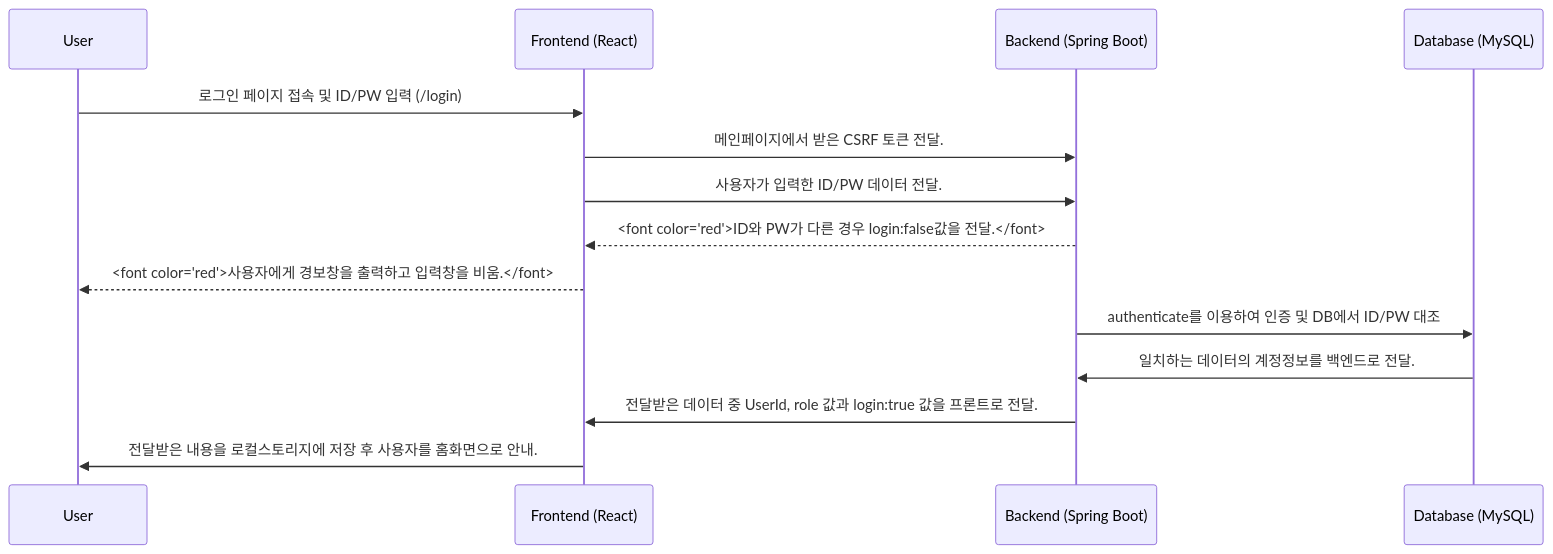
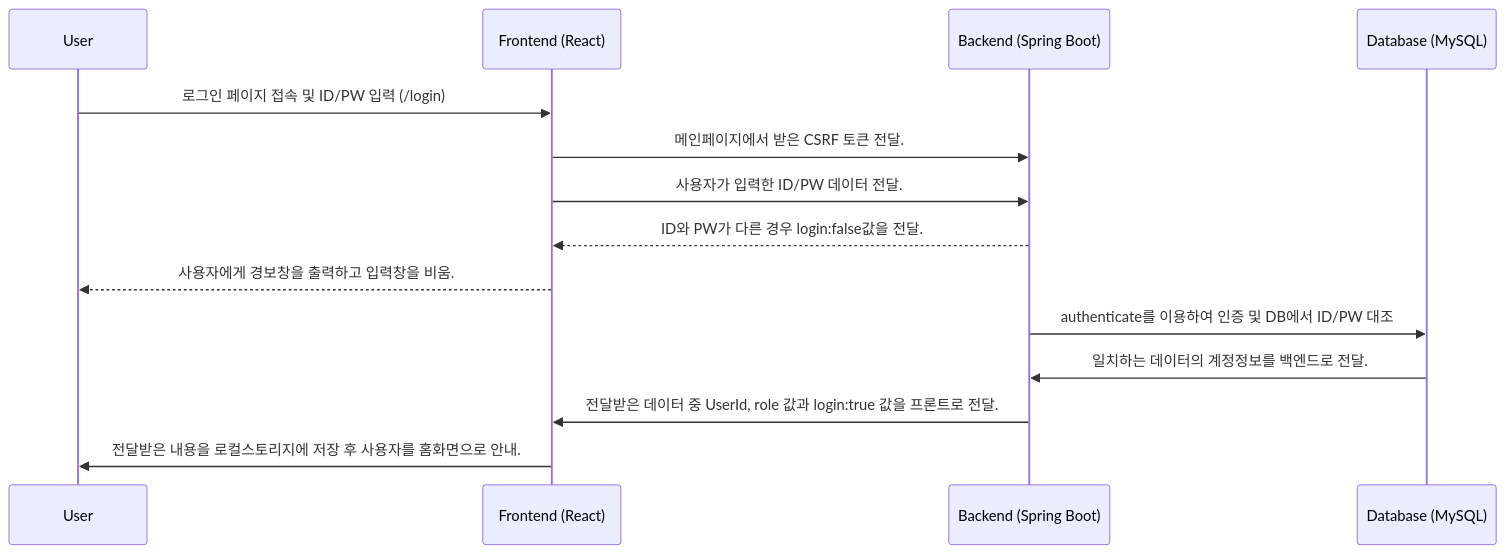
The first of 5 diagrams in bicycle-app/frontend/Auth.md (SUNGJISUCK95/teamproject), drawn with Mermaid before and after one commit. The commit also changed other lines of this file, not shown here.

````diff
--- a/bicycle-app/frontend/Auth.md
+++ b/bicycle-app/frontend/Auth.md
@@ -2,20 +2,20 @@
 ```mermaid
 sequenceDiagram
     participant User
     participant Frontend as Frontend (React)
     participant Backend as Backend (Spring Boot)
     participant DB as Database (MySQL)
     
 %% 1. 로그인
     User->>Frontend: 로그인 페이지 접속 및 ID/PW 입력 (/login)
     Frontend->>Backend: 메인페이지에서 받은 CSRF 토큰 전달.
     Frontend->>Backend: 사용자가 입력한 ID/PW 데이터 전달.
     
-    Backend-->>Frontend: <font color="red">ID와 PW가 다른 경우 login:false값을 전달.</font>
-    Frontend-->>User : <font color="red">사용자에게 경보창을 출력하고 입력창을 비움.</font>
+    Backend-->>Frontend: ID와 PW가 다른 경우 login:false값을 전달.
+    Frontend-->>User : 사용자에게 경보창을 출력하고 입력창을 비움.
     
     Backend->>DB: authenticate를 이용하여 인증 및 DB에서 ID/PW 대조
     DB->>Backend: 일치하는 데이터의 계정정보를 백엔드로 전달.
     Backend->>Frontend: 전달받은 데이터 중 UserId, role 값과 login:true 값을 프론트로 전달.
     Frontend->>User : 전달받은 내용을 로컬스토리지에 저장 후 사용자를 홈화면으로 안내. 
 ```
````
